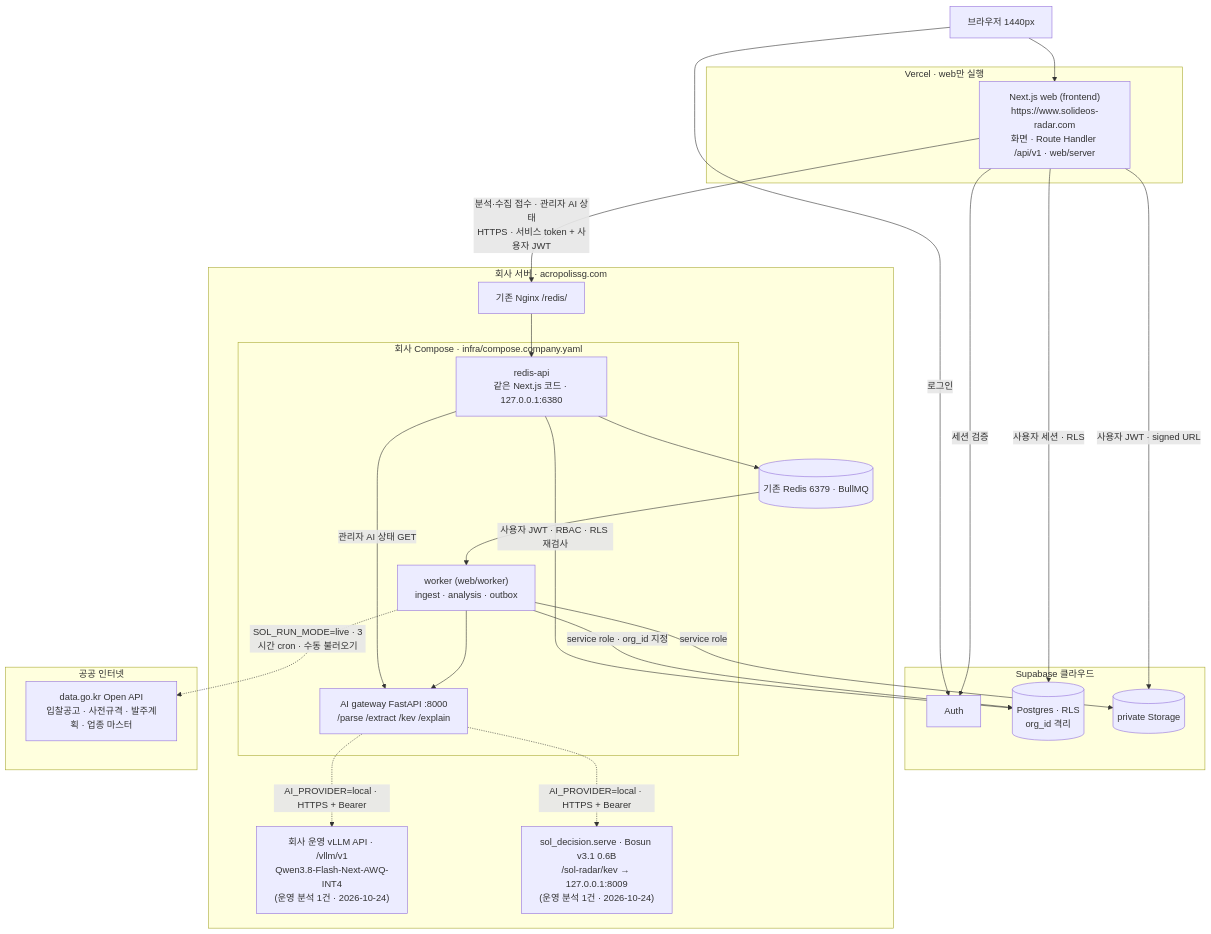
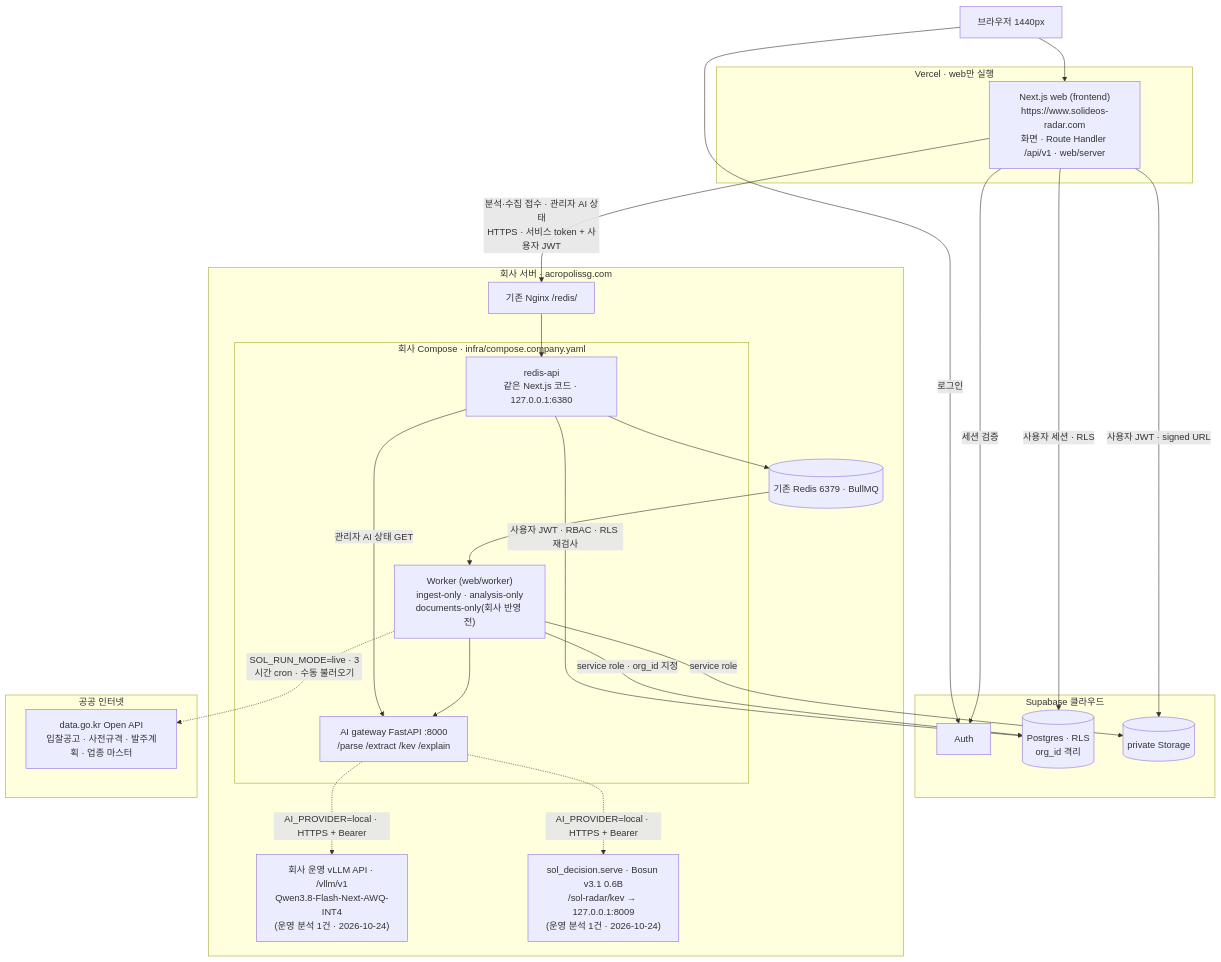
The first of 3 diagrams in docs/submission/architecture.md (solideoai/sol-radar), drawn with Mermaid before and after one commit. The commit also changed other lines of this file and 8 other files, not shown here.

````diff
--- a/docs/submission/architecture.md
+++ b/docs/submission/architecture.md
@@ -21,42 +21,42 @@
 ```mermaid
 flowchart TB
  B["브라우저 1440px"] --> V
  subgraph vercel[Vercel · web만 실행]
   V["Next.js web (frontend)<br/>https://www.solideos-radar.com<br/>화면 · Route Handler /api/v1 · web/server"]
  end
  subgraph supabase[Supabase 클라우드]
   SA["Auth"]
   PG[("Postgres · RLS<br/>org_id 격리")]
   ST[("private Storage")]
  end
  subgraph company["회사 서버 · acropolissg.com"]
   NG["기존 Nginx /redis/"]
   subgraph cc["회사 Compose · infra/compose.company.yaml"]
    RA["redis-api<br/>같은 Next.js 코드 · 127.0.0.1:6380"]
-   WK["worker (web/worker)<br/>ingest · analysis · outbox"]
+   WK["Worker (web/worker)<br/>ingest-only · analysis-only<br/>documents-only(회사 반영 전)"]
    AI["AI gateway FastAPI :8000<br/>/parse /extract /kev /explain"]
   end
   R[("기존 Redis 6379 · BullMQ")]
   QW["회사 운영 vLLM API · /vllm/v1<br/>Qwen3.8-Flash-Next-AWQ-INT4<br/>(운영 분석 1건 · 2026-10-24)"]
   KV["sol_decision.serve · Bosun v3.1 0.6B<br/>/sol-radar/kev → 127.0.0.1:8009<br/>(운영 분석 1건 · 2026-10-24)"]
  end
  subgraph public[공공 인터넷]
   G2B["data.go.kr Open API<br/>입찰공고 · 사전규격 · 발주계획 · 업종 마스터"]
  end
  B -- 로그인 --> SA
  V -- 세션 검증 --> SA
  V -- 사용자 세션 · RLS --> PG
  V -- 사용자 JWT · signed URL --> ST
  V -- "분석·수집 접수 · 관리자 AI 상태<br/>HTTPS · 서비스 token + 사용자 JWT" --> NG
  NG --> RA
  RA -- 사용자 JWT · RBAC · RLS 재검사 --> PG
  RA --> R
  RA -- 관리자 AI 상태 GET --> AI
  R --> WK
  WK --> AI
  WK -- service role · org_id 지정 --> PG
  WK -- service role --> ST
  WK -. "SOL_RUN_MODE=live · 3시간 cron · 수동 불러오기" .-> G2B
  AI -. AI_PROVIDER=local · HTTPS + Bearer .-> QW
  AI -. AI_PROVIDER=local · HTTPS + Bearer .-> KV
 ```
````
